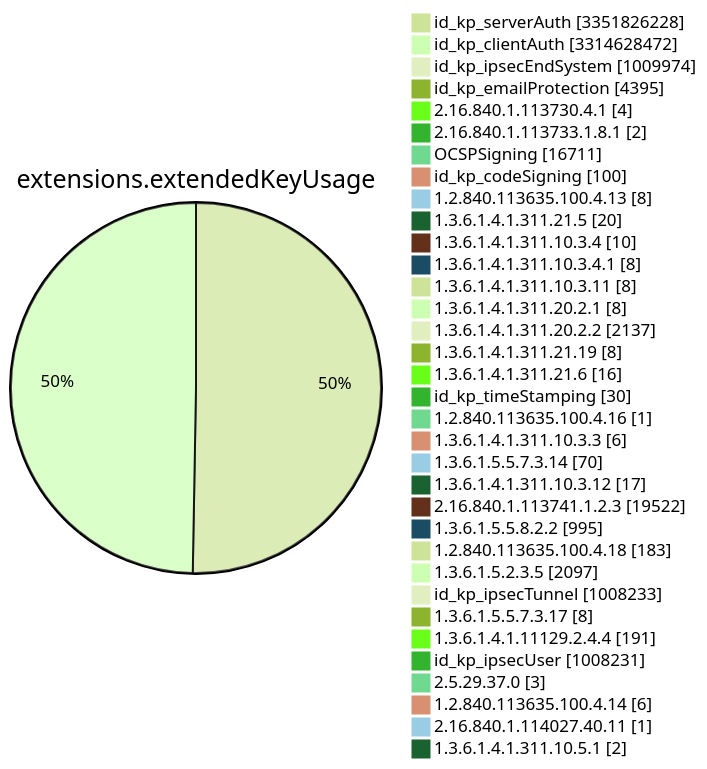
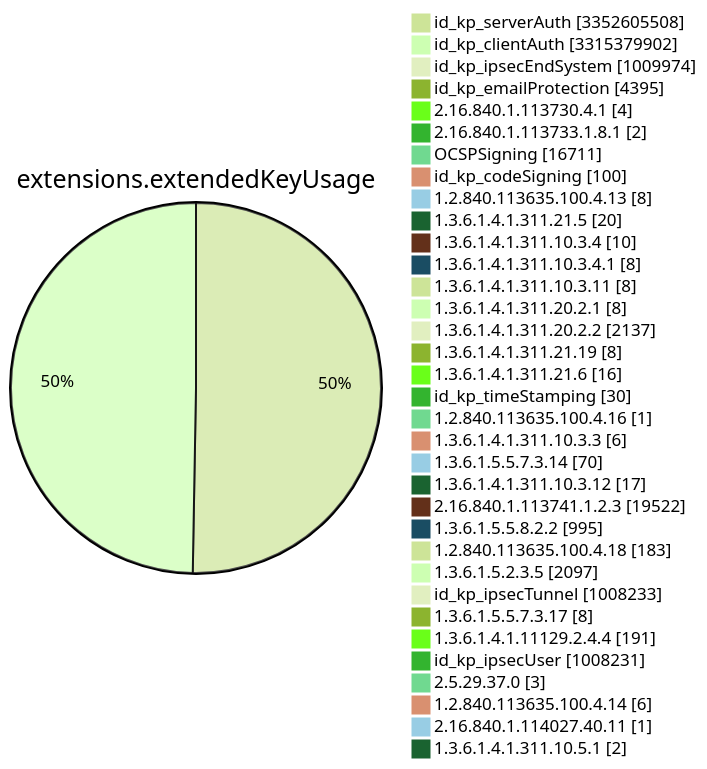
One commit to christiankrug/ctmonitor_visualization changed diagram 11 of 15 in TOTAL/README.md. Above: the diagram before and after it, drawn with Mermaid (forest theme). The commit also changed other lines of this file, not shown here.

````diff
--- a/TOTAL/README.md
+++ b/TOTAL/README.md
@@ -4120,38 +4120,38 @@
 ```mermaid
 pie showData
 title extensions.extendedKeyUsage
-"id_kp_serverAuth" :3351826228
-"id_kp_clientAuth" :3314628472
+"id_kp_serverAuth" :3352605508
+"id_kp_clientAuth" :3315379902
 "id_kp_ipsecEndSystem" :1009974
 "id_kp_emailProtection" :4395
 "2.16.840.1.113730.4.1" :4
 "2.16.840.1.113733.1.8.1" :2
 "OCSPSigning" :16711
 "id_kp_codeSigning" :100
 "1.2.840.113635.100.4.13" :8
 "1.3.6.1.4.1.311.21.5" :20
 "1.3.6.1.4.1.311.10.3.4" :10
 "1.3.6.1.4.1.311.10.3.4.1" :8
 "1.3.6.1.4.1.311.10.3.11" :8
 "1.3.6.1.4.1.311.20.2.1" :8
 "1.3.6.1.4.1.311.20.2.2" :2137
 "1.3.6.1.4.1.311.21.19" :8
 "1.3.6.1.4.1.311.21.6" :16
 "id_kp_timeStamping" :30
 "1.2.840.113635.100.4.16" :1
 "1.3.6.1.4.1.311.10.3.3" :6
 "1.3.6.1.5.5.7.3.14" :70
 "1.3.6.1.4.1.311.10.3.12" :17
 "2.16.840.1.113741.1.2.3" :19522
 "1.3.6.1.5.5.8.2.2" :995
 "1.2.840.113635.100.4.18" :183
 "1.3.6.1.5.2.3.5" :2097
 "id_kp_ipsecTunnel" :1008233
 "1.3.6.1.5.5.7.3.17" :8
 "1.3.6.1.4.1.11129.2.4.4" :191
 "id_kp_ipsecUser" :1008231
 "2.5.29.37.0" :3
 "1.2.840.113635.100.4.14" :6
 "2.16.840.1.114027.40.11" :1
 "1.3.6.1.4.1.311.10.5.1" :2
 ```
````
